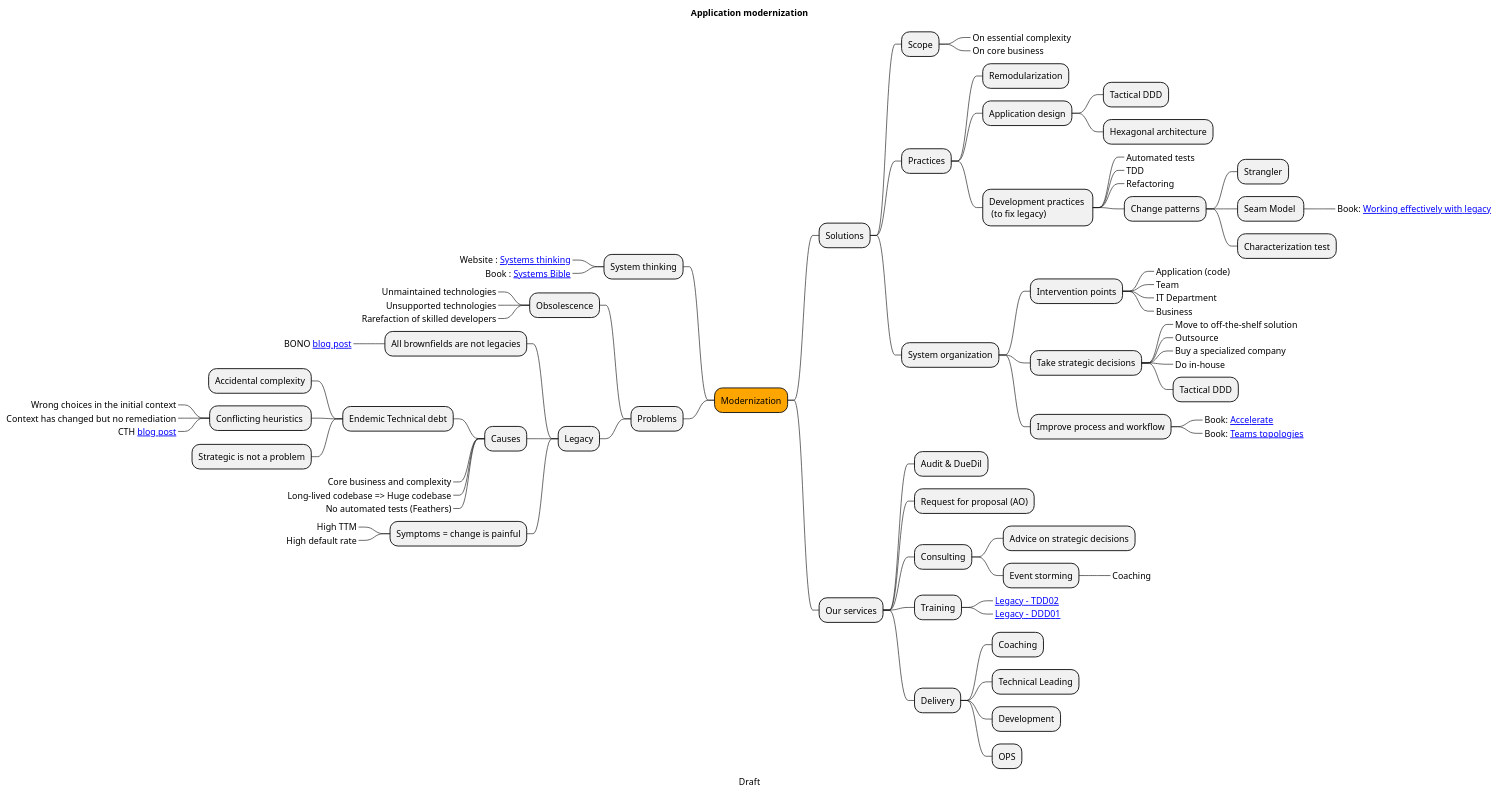
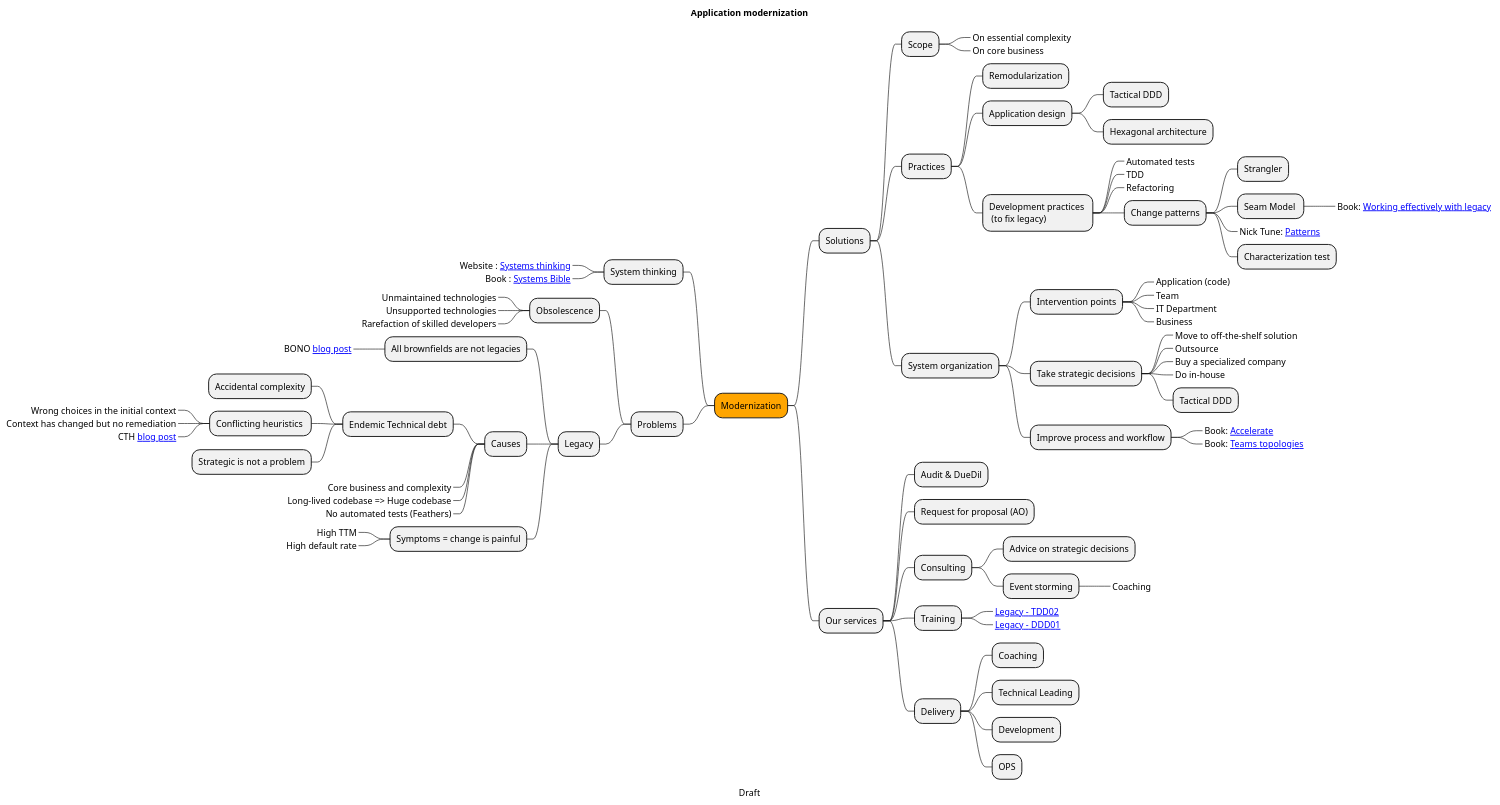
Before and after one commit to octo-topi/application-modernization: the diagram in mindmap.puml, drawn with PlantUML.

Commit message:
Add Nick Tune patterns

```diff
--- a/mindmap.puml
+++ b/mindmap.puml
@@ -1,80 +1,81 @@
 @startmindmap
 
 caption Draft
 title Application modernization
 
 +[#Orange] Modernization
 -- System thinking
 ---_ Website : [[https://web.archive.org/web/20230923142459/https://www.systems-thinking.org/theWay/theWay.htm Systems thinking]]
 ---_ Book : [[https://verraes.net/2013/08/john-gall-systemantics-the-systems-bible/ Systems Bible]]
 -- Problems
 --- Obsolescence
 ----_ Unmaintained technologies
 ----_ Unsupported technologies
 ----_ Rarefaction of skilled developers
 --- Legacy
 ---- All brownfields are not legacies
 -----_ BONO [[https://blog.octo.com/le-brownfield-n'est-pas-du-code-legacy blog post]]
 ---- Causes
 ----- Endemic Technical debt
 ------ Accidental complexity
 ------ Conflicting heuristics 
 -------_ Wrong choices in the initial context
 -------_ Context has changed but no remediation
 -------_ CTH [[https://blog.octo.com/en-finir-avec-la-dette-technique blog post]]
 ------ Strategic is not a problem
 -----_ Core business and complexity
 -----_ Long-lived codebase => Huge codebase
 -----_ No automated tests (Feathers)
 ---- Symptoms = change is painful
 -----_ High TTM
 -----_ High default rate
 ++ Solutions
 +++ Scope
 ++++_ On essential complexity
 ++++_ On core business
 +++ Practices
 ++++ Remodularization
 ++++ Application design
 +++++ Tactical DDD
 +++++ Hexagonal architecture
 ++++ Development practices \n (to fix legacy)
 +++++_ Automated tests
 +++++_ TDD
 +++++_ Refactoring
 +++++ Change patterns
 ++++++ Strangler
 ++++++ Seam Model 
 +++++++_ Book: [[https://understandlegacycode.com/blog/key-points-of-working-effectively-with-legacy-code/ Working effectively with legacy]] 
+++++++_ Nick Tune: [[https://legacy-modernization.io/patterns/ Patterns]]
 ++++++ Characterization test
 +++ System organization
 ++++ Intervention points
 +++++_ Application (code)
 +++++_ Team
 +++++_ IT Department
 +++++_ Business
 ++++ Take strategic decisions
 +++++_ Move to off-the-shelf solution
 +++++_ Outsource
 +++++_ Buy a specialized company
 +++++_ Do in-house
 +++++ Tactical DDD
 ++++ Improve process and workflow
 +++++_ Book: [[ https://itrevolution.com/product/accelerate/ Accelerate ]]
 +++++_ Book: [[ https://teamtopologies.com/ Teams topologies]]
 ++ Our services
 +++ Audit & DueDil
 +++ Request for proposal (AO)
 +++ Consulting
 ++++ Advice on strategic decisions
 ++++ Event storming
 +++++_ Coaching
 +++ Training
 ++++_ [[ https://www.octo.academy/catalogue/formation/tdd02-test-driven-development-sur-du-code-legacy/ Legacy - TDD02]]
 ++++_ [[ https://www.octo.academy/catalogue/formation/tdd02-test-driven-development-sur-du-code-legacy/ Legacy - DDD01]]
 +++ Delivery
 ++++ Coaching
 ++++ Technical Leading
 ++++ Development
 ++++ OPS
 @endmindmap
```
